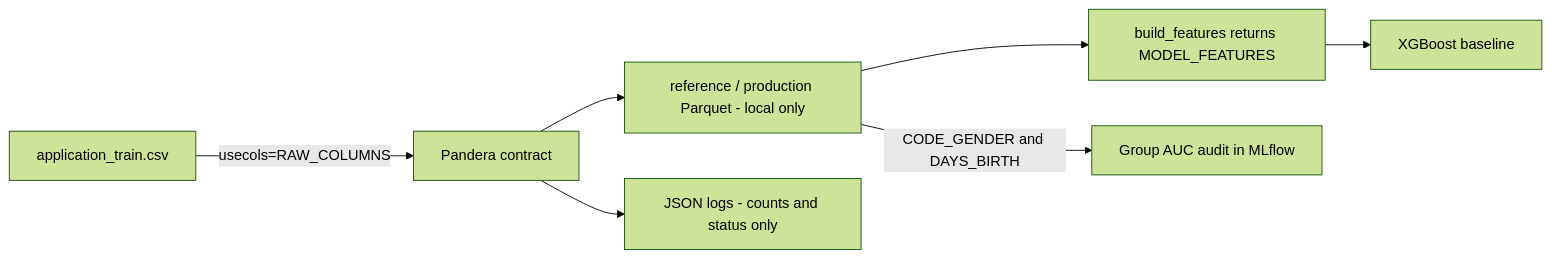
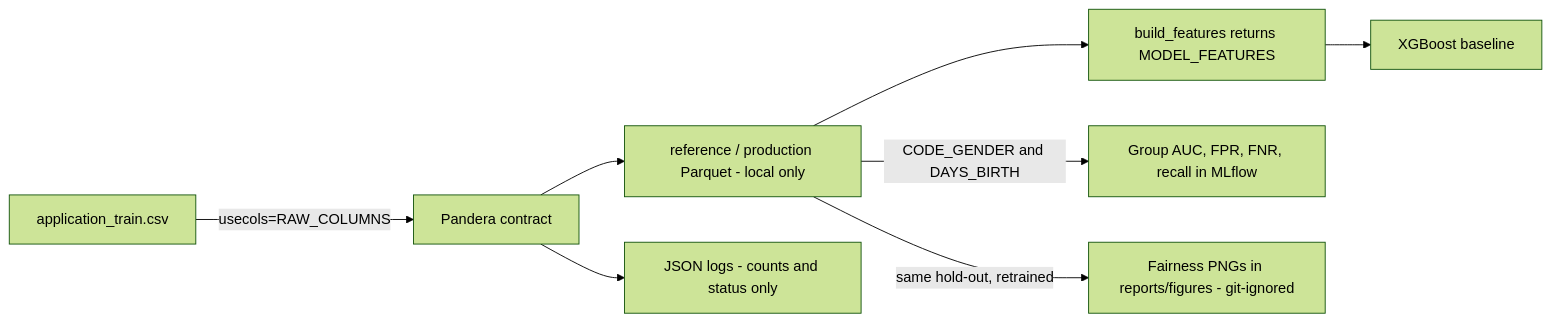
One commit to PosTech9MLET/tech-challenge-fase-4 changed the diagram in openwiki/concepts/governance_and_lgpd.md. Above: the diagram before and after it, drawn with Mermaid (forest theme). The commit also changed other lines of this file and 17 other files, not shown here.

````diff
--- a/openwiki/concepts/governance_and_lgpd.md
+++ b/openwiki/concepts/governance_and_lgpd.md
@@ -66,9 +74,10 @@
 ```mermaid
 flowchart LR
     A["application_train.csv"] -->|"usecols=RAW_COLUMNS"| B["Pandera contract"]
     B --> C["reference / production Parquet - local only"]
     C --> D["build_features returns MODEL_FEATURES"]
     D --> E["XGBoost baseline"]
-    C -->|"CODE_GENDER and DAYS_BIRTH"| F["Group AUC audit in MLflow"]
+    C -->|"CODE_GENDER and DAYS_BIRTH"| F["Group AUC, FPR, FNR, recall in MLflow"]
+    C -->|"same hold-out, retrained"| H["Fairness PNGs in reports/figures - git-ignored"]
     B --> G["JSON logs - counts and status only"]
 ```
````
